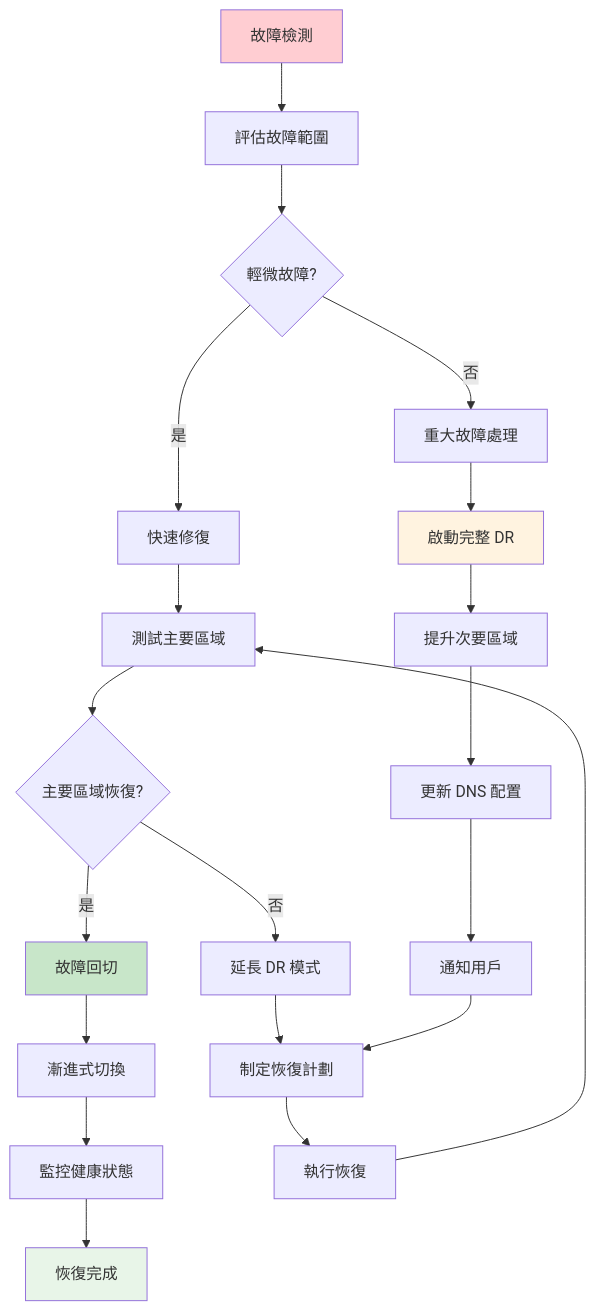
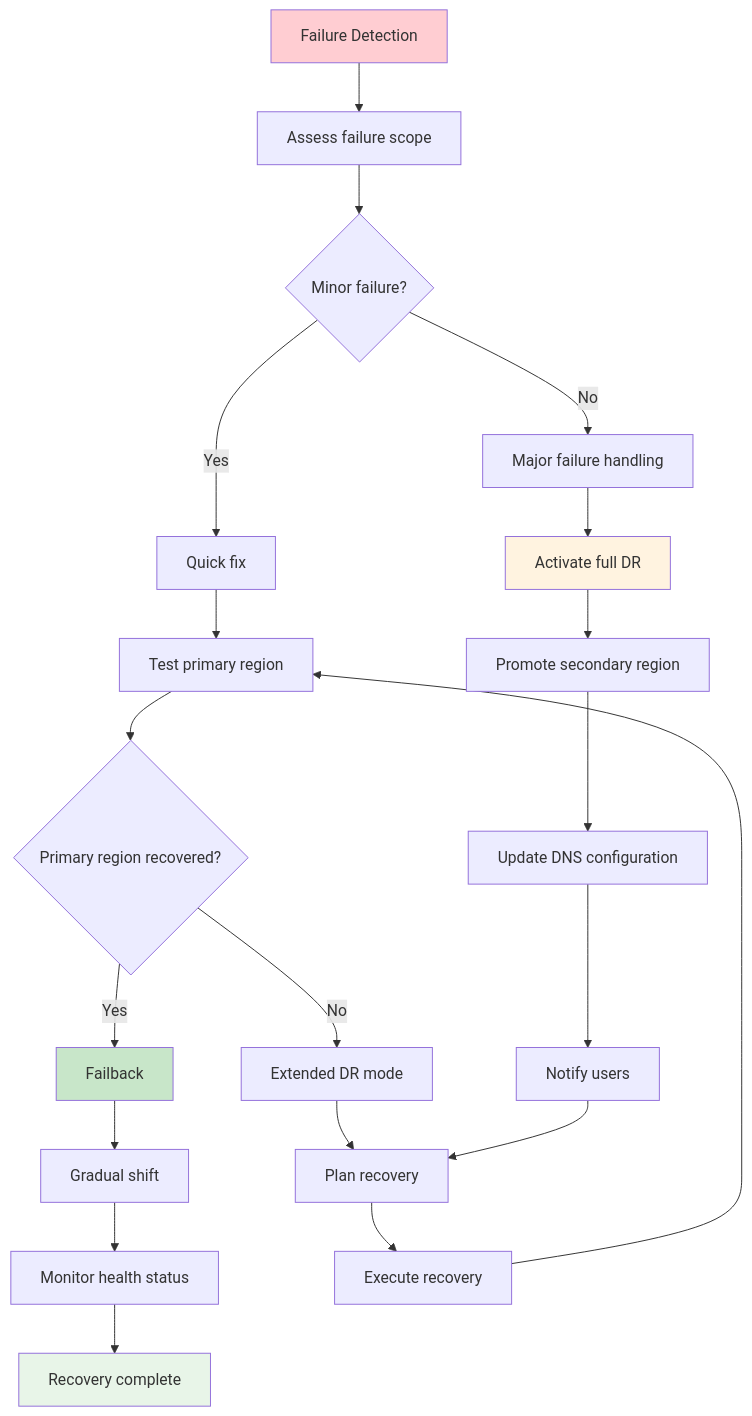
The ninth of 11 diagrams in docs/viewpoints/operational/dns-disaster-recovery.md (humank/genai-demo), drawn with Mermaid before and after one commit. The commit also changed other lines of this file and 453 other files, not shown here.

First line of the commit message:
feat: Complete translation of key architecture and API documentation

````diff
--- a/docs/viewpoints/operational/dns-disaster-recovery.md
+++ b/docs/viewpoints/operational/dns-disaster-recovery.md
@@ -476,33 +476,33 @@
 ```mermaid
 flowchart TD
-    Start[故障檢測] --> Assess[評估故障範圍]
+    Start[Failure Detection] --> Assess[Assess failure scope]
     
-    Assess --> Minor{輕微故障?}
-    Minor -->|是| QuickFix[快速修復]
-    Minor -->|否| MajorFault[重大故障處理]
+    Assess --> Minor{Minor failure?}
+    Minor -->|Yes| QuickFix[Quick fix]
+    Minor -->|No| MajorFault[Major failure handling]
     
-    QuickFix --> TestPrimary[測試主要區域]
-    TestPrimary --> PrimaryOK{主要區域恢復?}
-    PrimaryOK -->|是| Failback[故障回切]
-    PrimaryOK -->|否| ExtendedDR[延長 DR 模式]
+    QuickFix --> TestPrimary[Test primary region]
+    TestPrimary --> PrimaryOK{Primary region recovered?}
+    PrimaryOK -->|Yes| Failback[Failback]
+    PrimaryOK -->|No| ExtendedDR[Extended DR mode]
     
-    MajorFault --> ActivateDR[啟動完整 DR]
-    ActivateDR --> PromoteSecondary[提升次要區域]
-    PromoteSecondary --> UpdateDNS[更新 DNS 配置]
-    UpdateDNS --> NotifyUsers[通知用戶]
+    MajorFault --> ActivateDR[Activate full DR]
+    ActivateDR --> PromoteSecondary[Promote secondary region]
+    PromoteSecondary --> UpdateDNS[Update DNS configuration]
+    UpdateDNS --> NotifyUsers[Notify users]
     
-    Failback --> GradualShift[漸進式切換]
-    GradualShift --> MonitorHealth[監控健康狀態]
-    MonitorHealth --> Complete[恢復完成]
+    Failback --> GradualShift[Gradual shift]
+    GradualShift --> MonitorHealth[Monitor health status]
+    MonitorHealth --> Complete[Recovery complete]
     
-    ExtendedDR --> PlanRecovery[制定恢復計劃]
-    PlanRecovery --> ExecuteRecovery[執行恢復]
+    ExtendedDR --> PlanRecovery[Plan recovery]
+    PlanRecovery --> ExecuteRecovery[Execute recovery]
     ExecuteRecovery --> TestPrimary
     
     NotifyUsers --> PlanRecovery
     
     style Start fill:#ffcdd2
     style ActivateDR fill:#fff3e0
     style Failback fill:#c8e6c9
     style Complete fill:#e8f5e8
 ```
````
